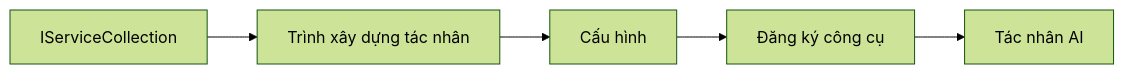
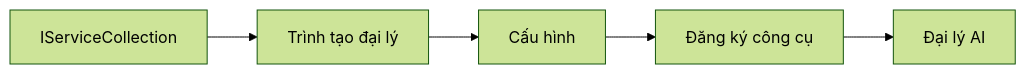
Before and after one commit to venturemavenwill/azureaifundamentals: the diagram in translations/vi/03-agentic-design-patterns/code_samples/03-dotnet-agent-framework.md, drawn with Mermaid (forest theme). The commit also changed other lines of this file and 2002 other files, not shown here.

````diff
--- a/translations/vi/03-agentic-design-patterns/code_samples/03-dotnet-agent-framework.md
+++ b/translations/vi/03-agentic-design-patterns/code_samples/03-dotnet-agent-framework.md
@@ -41,7 +41,7 @@
 ```mermaid
 graph LR
-    A[IServiceCollection] --> B[Trình xây dựng tác nhân]
+    A[IServiceCollection] --> B[Trình tạo đại lý]
     B --> C[Cấu hình]
     C --> D[Đăng ký công cụ]
-    D --> E[Tác nhân AI]
+    D --> E[Đại lý AI]
 ```
````
